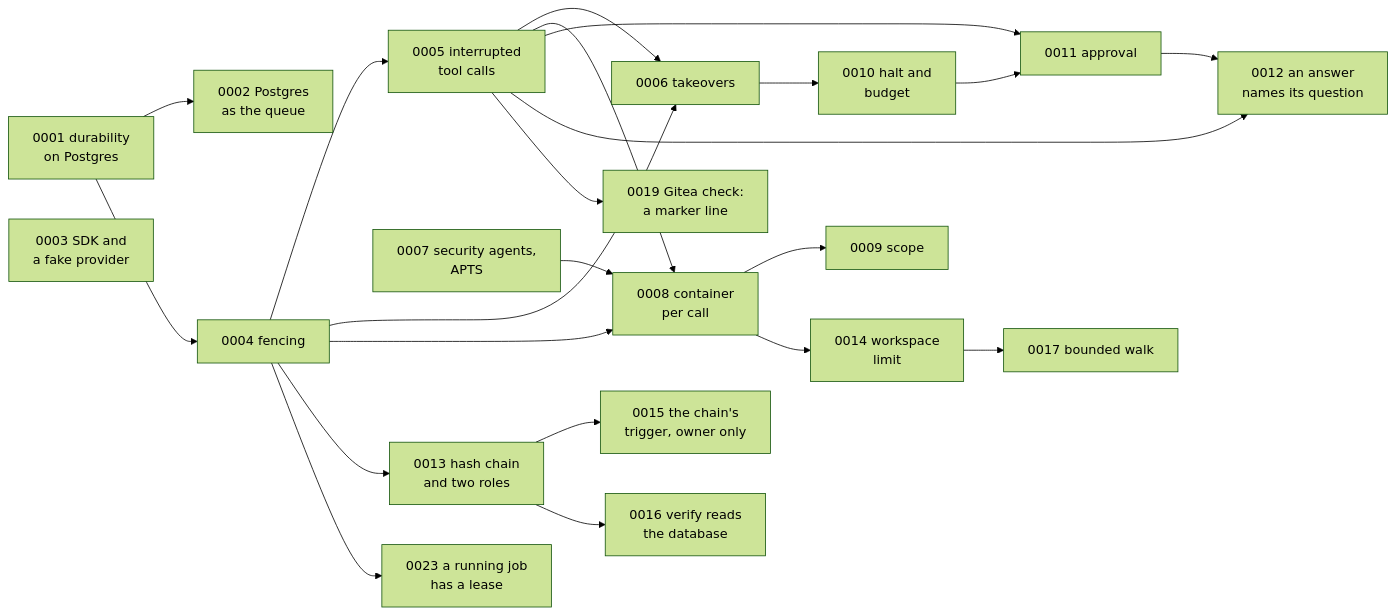
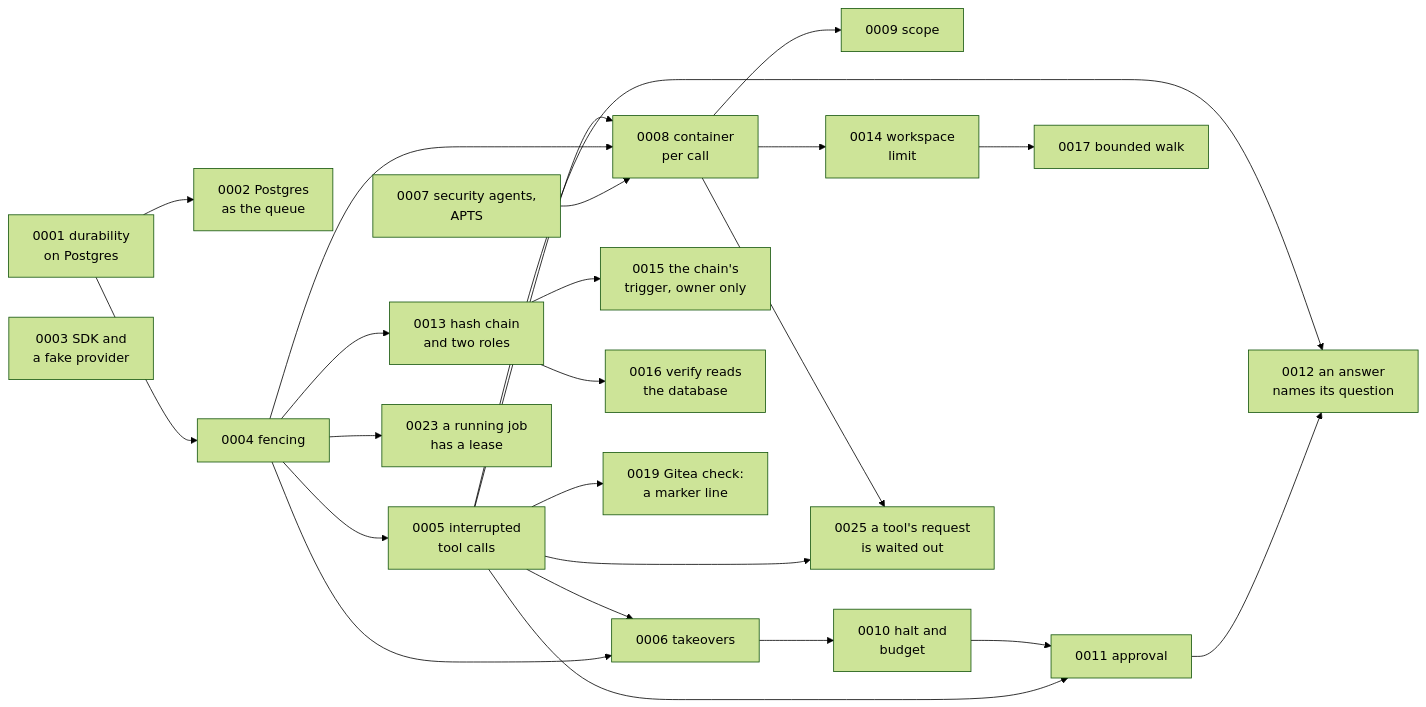
The diagram in docs/adr/README.md (sindredg/agent-runtime), drawn with Mermaid (forest theme) before and after one commit. The commit also changed other lines of this file and 14 other files, not shown here.

Commit message:
fix: wait out a create_issue request after a takeover (#171)

````diff
--- a/docs/adr/README.md
+++ b/docs/adr/README.md
@@ -6,25 +6,27 @@
 ```mermaid
 flowchart LR
     A1[0001 durability<br/>on Postgres] --> A2[0002 Postgres<br/>as the queue]
     A1 --> A4[0004 fencing]
     A4 --> A5[0005 interrupted<br/>tool calls]
     A4 --> A6[0006 takeovers]
     A5 --> A6
     A7[0007 security agents,<br/>APTS] --> A8[0008 container<br/>per call]
     A4 --> A8
     A5 --> A8
     A8 --> A9[0009 scope]
     A6 --> A10[0010 halt and<br/>budget]
     A5 --> A11[0011 approval]
     A10 --> A11
     A11 --> A12[0012 an answer<br/>names its question]
     A5 --> A12
     A4 --> A13[0013 hash chain<br/>and two roles]
     A8 --> A14[0014 workspace<br/>limit]
     A13 --> A15[0015 the chain's<br/>trigger, owner only]
     A13 --> A16[0016 verify reads<br/>the database]
     A14 --> A17[0017 bounded walk]
     A5 --> A19[0019 Gitea check:<br/>a marker line]
     A4 --> A23[0023 a running job<br/>has a lease]
+    A5 --> A25[0025 a tool's request<br/>is waited out]
+    A8 --> A25
     A3[0003 SDK and<br/>a fake provider]
 ```
````
